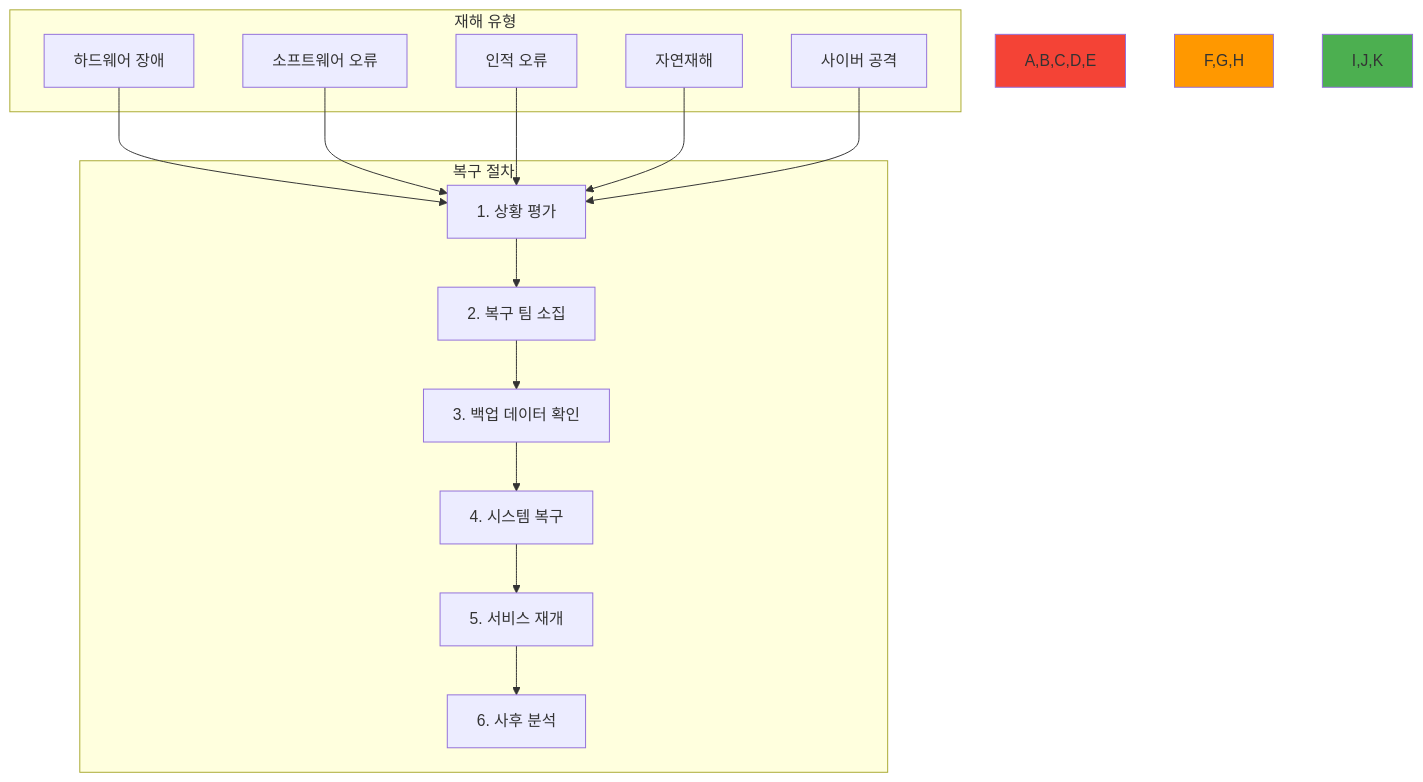
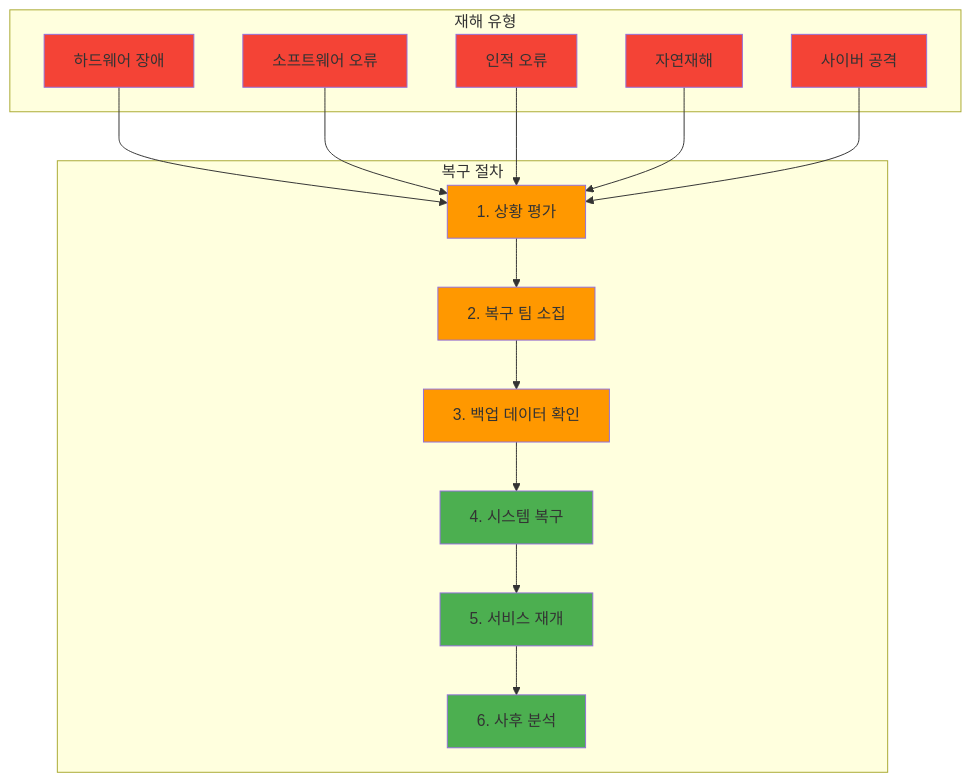
The fourth of 4 diagrams in theory/week_02/day2/session_2.md (niceguy61/kdt_devops_lecture_2025), drawn with Mermaid before and after one commit. The commit also changed 12 other files, not shown here.

Commit message:
mermaid 수정

````diff
--- a/theory/week_02/day2/session_2.md
+++ b/theory/week_02/day2/session_2.md
@@ -262,31 +262,39 @@
 ```mermaid
 graph TB
     subgraph "재해 유형"
         A[하드웨어 장애]
         B[소프트웨어 오류]
         C[인적 오류]
         D[자연재해]
         E[사이버 공격]
     end
     
     subgraph "복구 절차"
         F[1. 상황 평가]
         G[2. 복구 팀 소집]
         H[3. 백업 데이터 확인]
         I[4. 시스템 복구]
         J[5. 서비스 재개]
         K[6. 사후 분석]
     end
     
     A --> F
     B --> F
     C --> F
     D --> F
     E --> F
     
     F --> G --> H --> I --> J --> K
     
-    style A,B,C,D,E fill:#f44336
-    style F,G,H fill:#ff9800
-    style I,J,K fill:#4caf50
+    style A fill:#f44336
+    style B fill:#f44336
+    style C fill:#f44336
+    style D fill:#f44336
+    style E fill:#f44336
+    style F fill:#ff9800
+    style G fill:#ff9800
+    style H fill:#ff9800
+    style I fill:#4caf50
+    style J fill:#4caf50
+    style K fill:#4caf50
 ```
````
